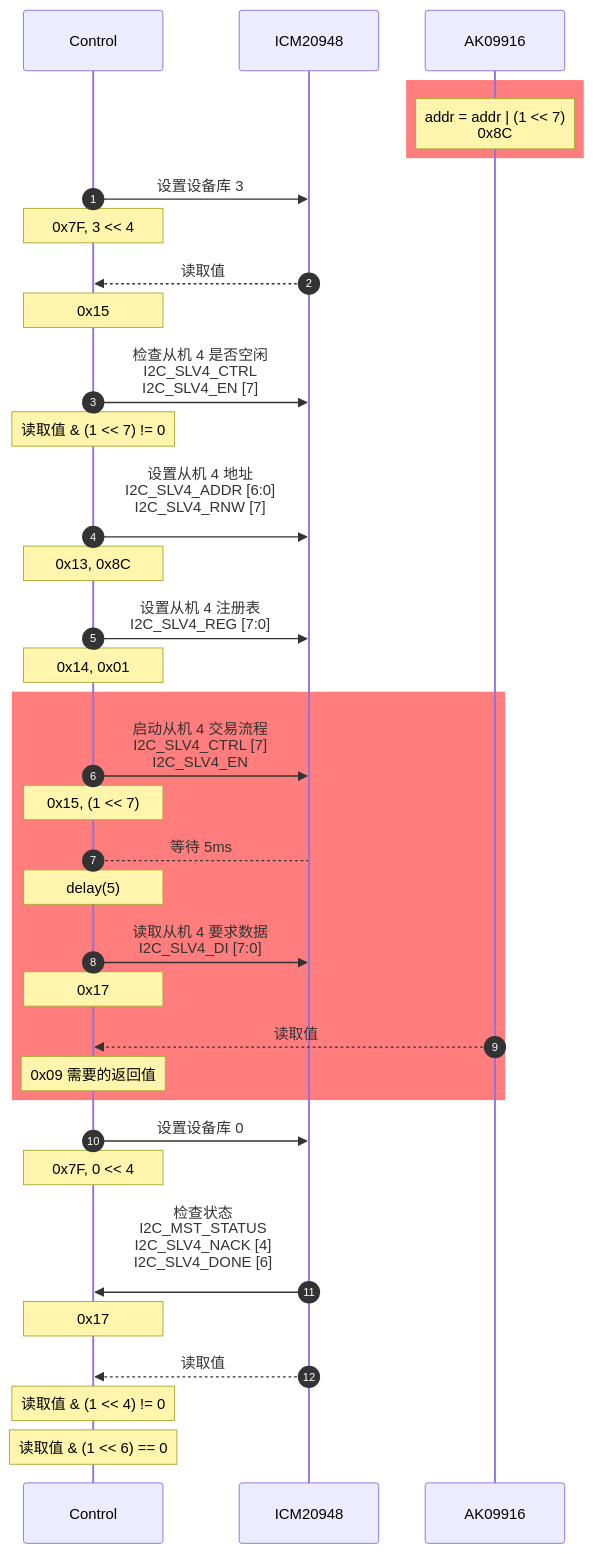
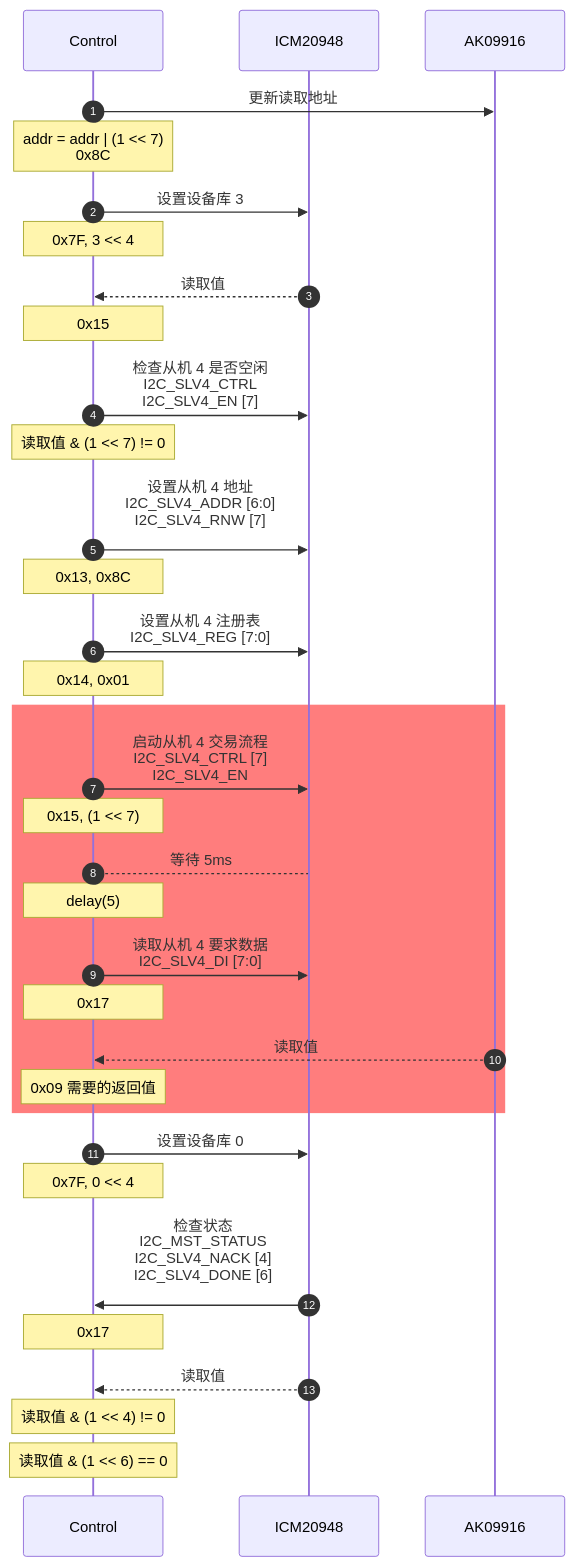
The fourth of 6 diagrams in _posts/2025-04-06-mdchart.md (hkdickyko/hkdickyko.github.io), drawn with Mermaid before and after one commit. The commit also changed other lines of this file, not shown here.

```diff
--- a/_posts/2025-04-06-mdchart.md
+++ b/_posts/2025-04-06-mdchart.md
@@ -271,37 +271,36 @@
 <div class="mermaid">
 sequenceDiagram;
    autonumber;
    participant C as Control;
    participant I as ICM20948;
    participant A as AK09916;
-   rect rgb(255,125,125);
-   note over A: addr = addr | (1 << 7)<br/>0x8C;
-   end;
+   C->>A: 更新读取地址;
+   note over C: addr = addr | (1 << 7)<br/>0x8C;
    C->>I: 设置设备库 3;
    note over C: 0x7F, 3 << 4;
    I-->>C: 读取值;
    note over C: 0x15;
    C->>I: 检查从机 4 是否空闲<br/>I2C_SLV4_CTRL<br/>I2C_SLV4_EN [7];
    note over C: 读取值 & (1 << 7) != 0;
    C->>I: 设置从机 4 地址<br/>I2C_SLV4_ADDR [6:0]<br/>I2C_SLV4_RNW [7]<br/>;
    note over C: 0x13, 0x8C;
    C->>I: 设置从机 4 注册表<br/>I2C_SLV4_REG [7:0];
    note over C: 0x14, 0x01;
    rect rgb(255,125,125);
    C->>I: 启动从机 4 交易流程<br/>I2C_SLV4_CTRL [7] <br/>I2C_SLV4_EN;
    note over C: 0x15, (1 << 7);   
    C-->I: 等待 5ms;
    note over C: delay(5);
    C->>I: 读取从机 4 要求数据<br/>I2C_SLV4_DI [7:0];
    note over C: 0x17;
    A-->>C: 读取值;
    note over C: 0x09 需要的返回值;
    end;
    C->>I: 设置设备库 0;
    note over C: 0x7F, 0 << 4;
    I->>C: 检查状态<br/>I2C_MST_STATUS<br/>I2C_SLV4_NACK [4]<br/>I2C_SLV4_DONE [6]<br/>;
    note over C: 0x17;
    I-->>C: 读取值; 
    note over C: 读取值 & (1 << 4) != 0;
    note over C: 读取值 & (1 << 6) == 0;  
 </div>
```
